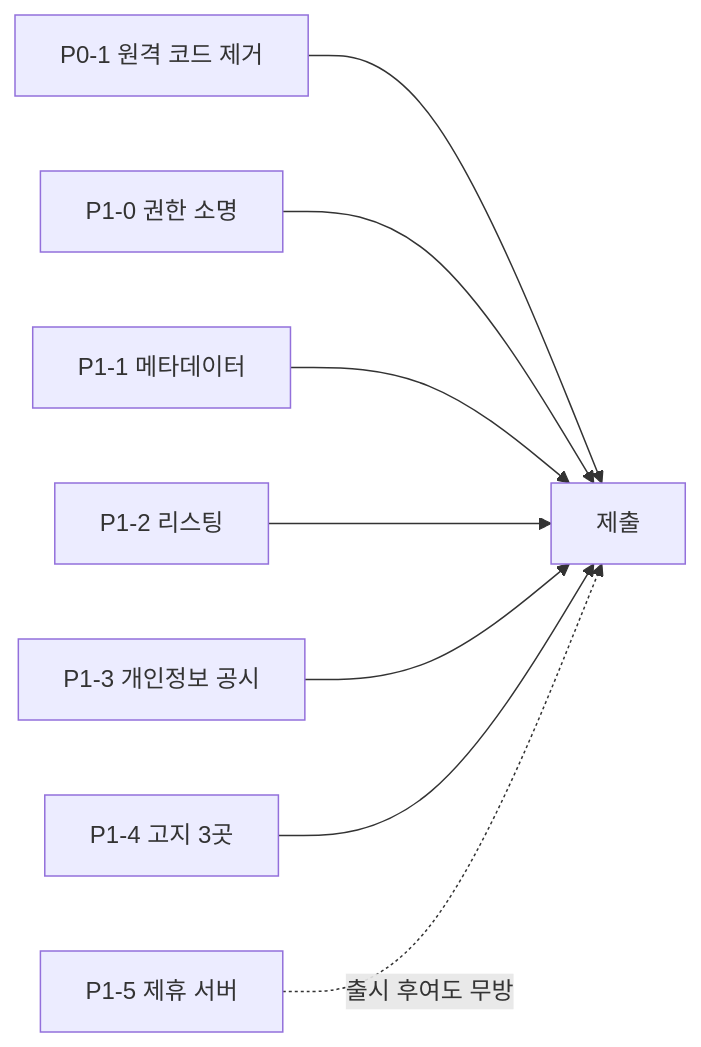
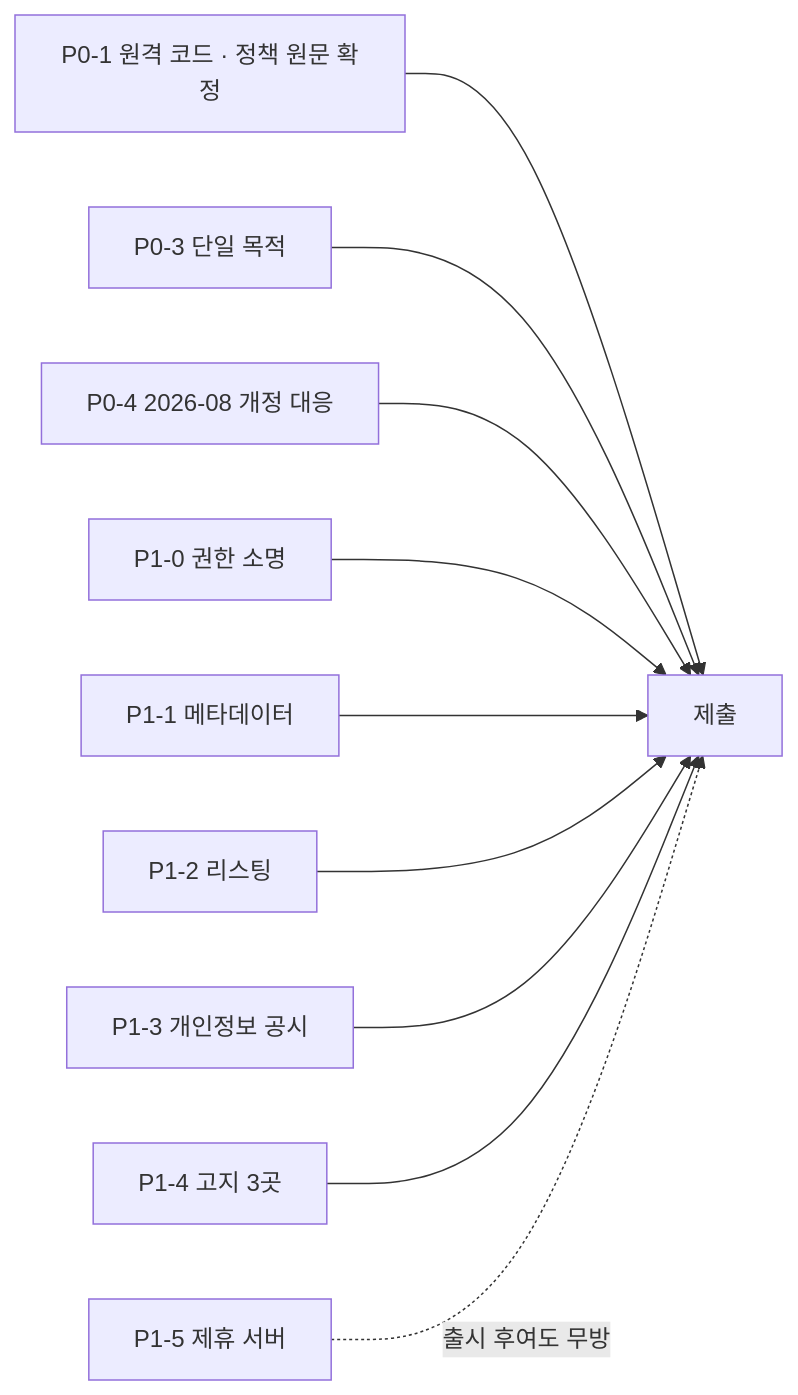
Before and after one commit to layorixinc/axsdk-sites: the diagram in CWS_LAUNCH_PLAN.md, drawn with Mermaid. The commit also changed other lines of this file, not shown here.

````diff
--- a/CWS_LAUNCH_PLAN.md
+++ b/CWS_LAUNCH_PLAN.md
@@ -177,10 +247,12 @@
 ```mermaid
 graph LR
-  P01[P0-1 원격 코드 제거] --> SUB[제출]
+  P01[P0-1 원격 코드 · 정책 원문 확정] --> SUB[제출]
+  P03[P0-3 단일 목적] --> SUB
+  P04[P0-4 2026-08 개정 대응] --> SUB
   P10[P1-0 권한 소명] --> SUB
   P11[P1-1 메타데이터] --> SUB
   P12[P1-2 리스팅] --> SUB
   P13[P1-3 개인정보 공시] --> SUB
   P14[P1-4 고지 3곳] --> SUB
   P15[P1-5 제휴 서버] -.출시 후여도 무방.-> SUB
 ```
````
